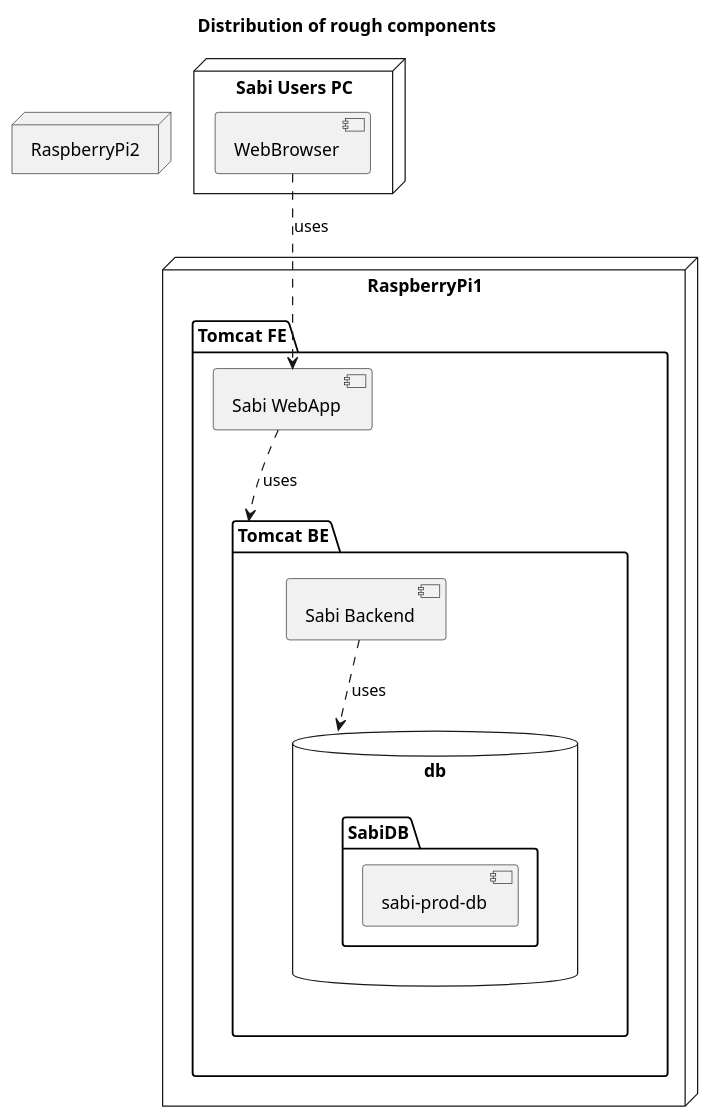
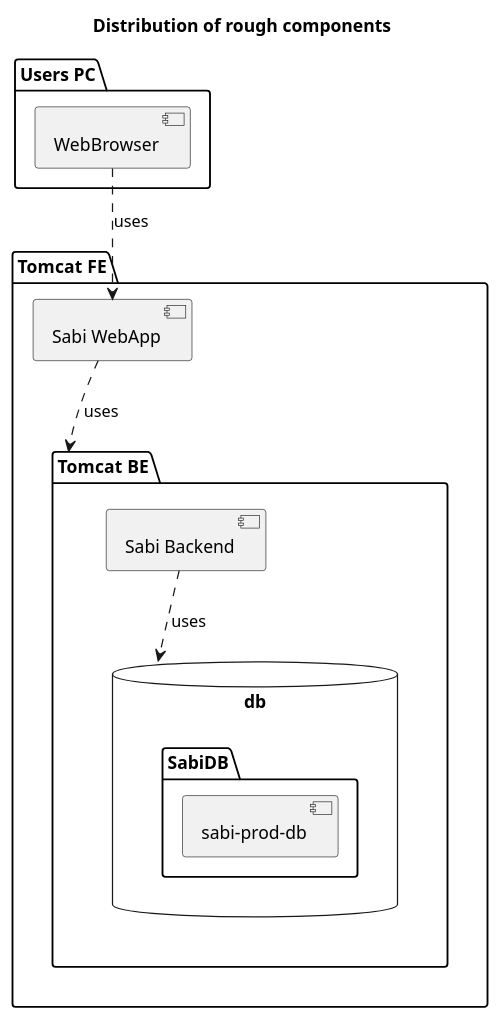
One commit to StefanSchubert/sabi changed the diagram in sabi-parent/sabi-server/UML/3.2_TechnicalContext/Comp_Level0_Sabi_Technical_Context.puml. Above: the diagram before and after it, drawn with PlantUML. The commit also changed 3 other files, not shown here.

```diff
--- a/sabi-parent/sabi-server/UML/3.2_TechnicalContext/Comp_Level0_Sabi_Technical_Context.puml
+++ b/sabi-parent/sabi-server/UML/3.2_TechnicalContext/Comp_Level0_Sabi_Technical_Context.puml
@@ -1,28 +1,24 @@
 @startuml
 
 title Distribution of rough components
 
 
-  node "RaspberryPi1" {
-    package "Tomcat FE" {
-      [Sabi WebApp] ..> [Tomcat BE] : uses
-    }
-  }
+ package "Tomcat FE" {
+   [Sabi WebApp] ..> [Tomcat BE] : uses
+ }
 
-  node "RaspberryPi2" {
-      package "Tomcat BE" {
-         [Sabi Backend] ..> db : uses
-      }
+   package "Tomcat BE" {
+      [Sabi Backend] ..> db : uses
    }
 
- node "Sabi Users PC" {
+ package "Users PC" {
    [WebBrowser] ..> [Sabi WebApp] : uses
  }
 
  database "MySQL" as db {
     folder "SabiDB" {
       [sabi-prod-db]
     }
- }
+}
 
 @enduml
```
